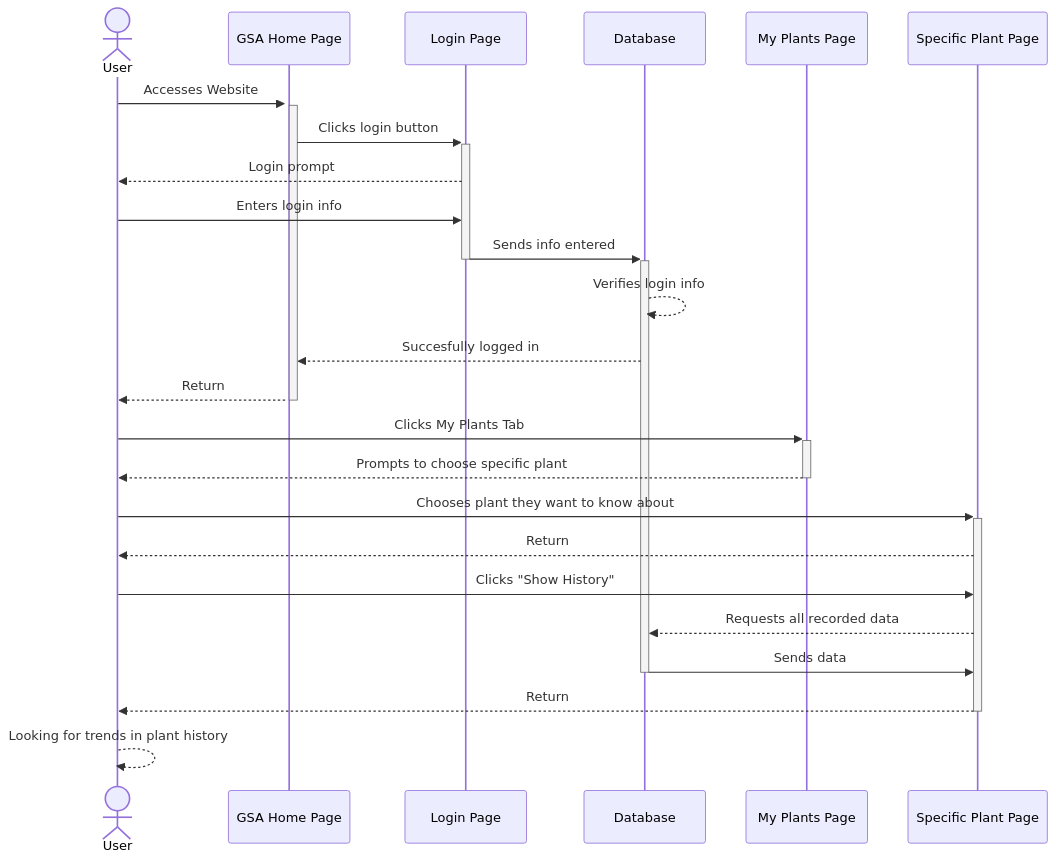
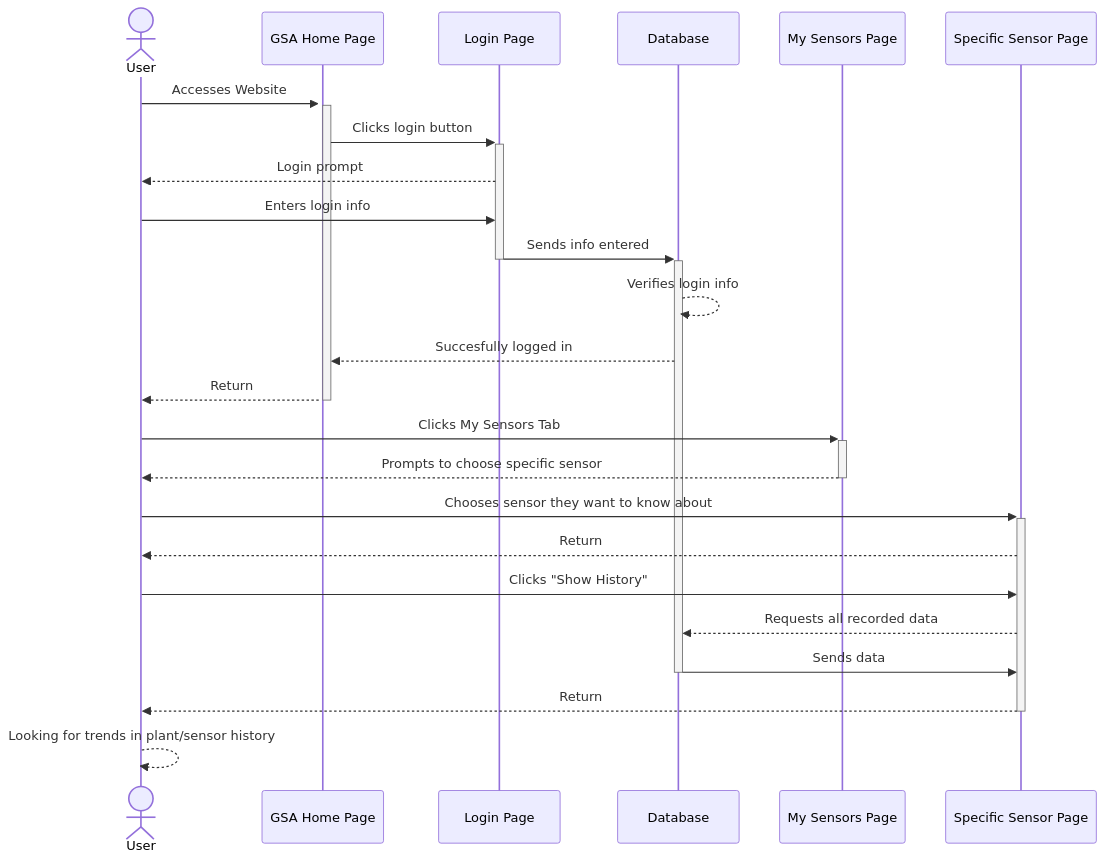
Before and after one commit to Capstone-Projects-2023-Fall/project-garden-sensor-array: the second of 6 diagrams in documentation/docs/system-architecture/sequence_diagrams.md, drawn with Mermaid. The commit also changed other lines of this file, not shown here.

Commit message:
changed plants to sensor in diagram#2

````diff
--- a/documentation/docs/system-architecture/sequence_diagrams.md
+++ b/documentation/docs/system-architecture/sequence_diagrams.md
@@ -28,36 +28,36 @@
 ```mermaid
 sequenceDiagram
     Actor User
     participant GSA Home Page
     participant Login Page
     participant Database 
-    participant My Plants Page 
-    participant Specific Plant Page
+    participant My Sensors Page 
+    participant Specific Sensor Page
 
     User->>+GSA Home Page: Accesses Website 
     activate GSA Home Page
     GSA Home Page->>+Login Page: Clicks login button
     Login Page-->>User: Login prompt
     User->>Login Page: Enters login info 
     Login Page->>+Database: Sends info entered 
     deactivate Login Page 
     Database-->>Database: Verifies login info
     Database-->>GSA Home Page: Succesfully logged in
     GSA Home Page-->>User: Return
     deactivate GSA Home Page
-    User->>+My Plants Page: Clicks My Plants Tab
-    My Plants Page-->>User: Prompts to choose specific plant
+    User->>+My Sensors Page: Clicks My Sensors Tab
+    My Sensors Page-->>User: Prompts to choose specific sensor
 
-    deactivate My Plants Page
-    User->>+Specific Plant Page: Chooses plant they want to know about
-    Specific Plant Page-->>User: Return
-    User->>Specific Plant Page: Clicks "Show History"
-    Specific Plant Page-->>Database: Requests all recorded data 
-    Database->>Specific Plant Page: Sends data
+    deactivate My Sensors Page
+    User->>+Specific Sensor Page: Chooses sensor they want to know about
+    Specific Sensor Page-->>User: Return
+    User->>Specific Sensor Page: Clicks "Show History"
+    Specific Sensor Page-->>Database: Requests all recorded data 
+    Database->>Specific Sensor Page: Sends data
     deactivate Database 
-    Specific Plant Page-->>User: Return
+    Specific Sensor Page-->>User: Return
 
-    deactivate Specific Plant Page
-    User-->>User: Looking for trends in plant history
+    deactivate Specific Sensor Page
+    User-->>User: Looking for trends in plant/sensor history
 
 ```
````
